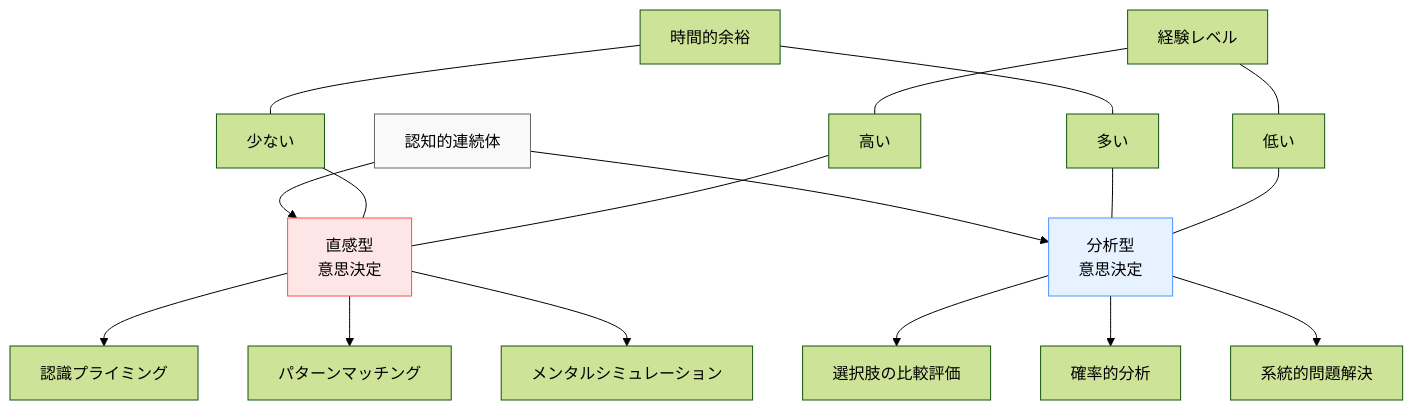
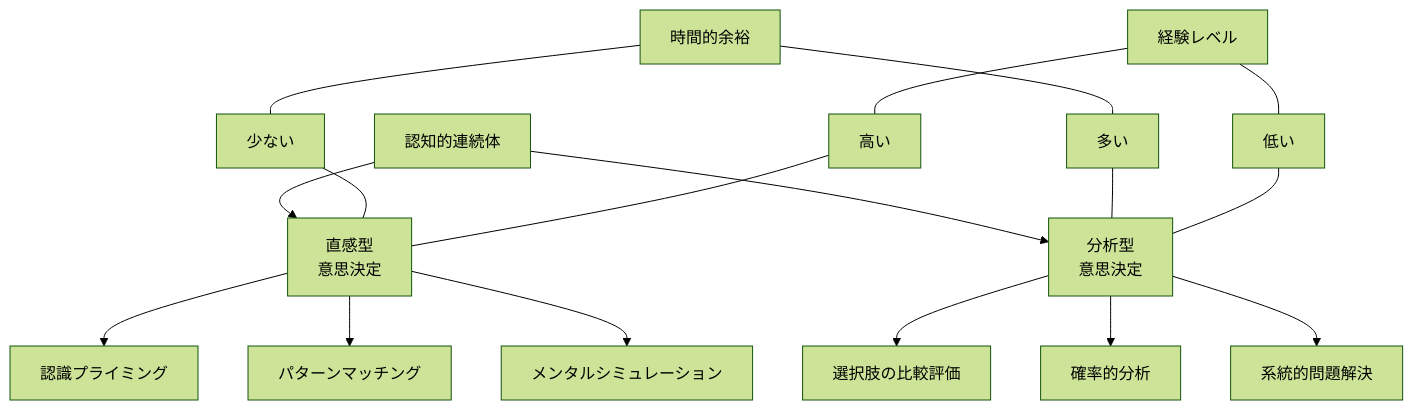
The third of 11 diagrams in docs/applications/emergency-dm.md (shuji-bonji/Situational-Awareness-and-Decision-Making), drawn with Mermaid (forest theme) before and after one commit. The commit also changed other lines of this file and 49 other files, not shown here.

Commit message:
fix: ダークモードで見づらい図の色の変更

````diff
--- a/docs/applications/emergency-dm.md
+++ b/docs/applications/emergency-dm.md
@@ -92,28 +92,28 @@
     ```mermaid
     graph TD
         A[認知的連続体] --> B[直感型<br>意思決定]
         A --> C[分析型<br>意思決定]
         
         B --> B1[認識プライミング]
         B --> B2[パターンマッチング]
         B --> B3[メンタルシミュレーション]
         
         C --> C1[選択肢の比較評価]
         C --> C2[確率的分析]
         C --> C3[系統的問題解決]
         
         D[時間的余裕] --- E[少ない]
         D --- F[多い]
         
         G[経験レベル] --- H[高い]
         G --- I[低い]
         
         E --- B
         H --- B
         F --- C
         I --- C
         
-        style A fill:#f9f9f9,stroke:#666
-        style B fill:#ffe6e6,stroke:#ff4d4d
-        style C fill:#e6f2ff,stroke:#4d94ff
+    
+    
+    
     ```
````
